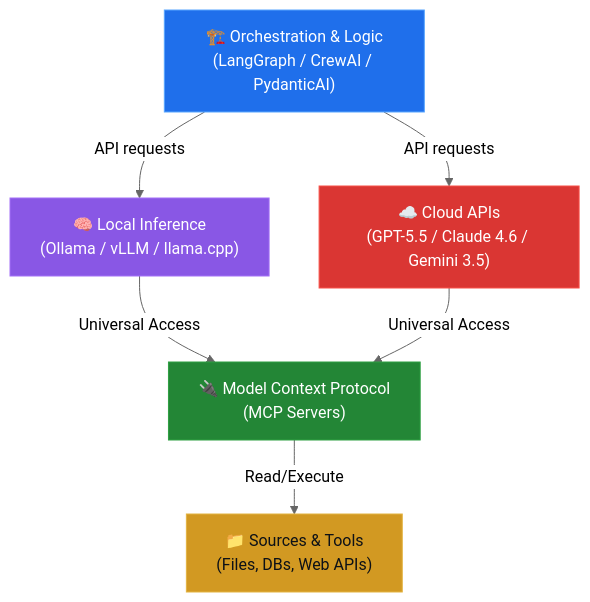
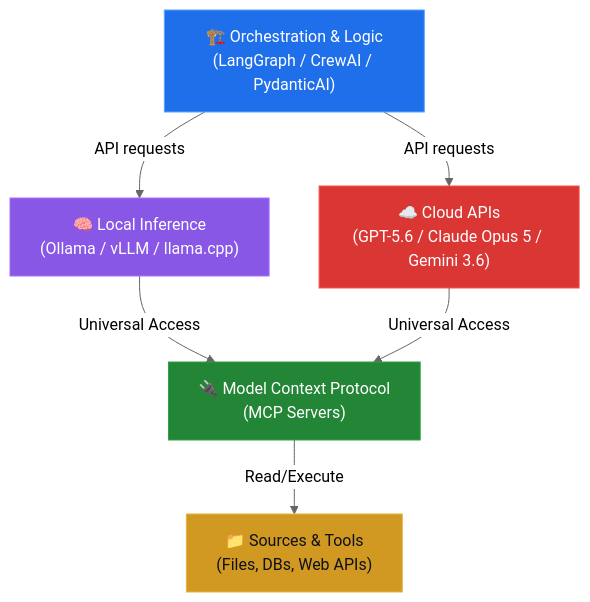
The second of 2 diagrams in README_ENG.md (weby-homelab/ai), drawn with Mermaid (neutral theme) before and after one commit. The commit also changed other lines of this file and 5 other files, not shown here.

````diff
--- a/README_ENG.md
+++ b/README_ENG.md
@@ -122,20 +122,20 @@
 ```mermaid
 flowchart TD
     ORCH["🏗️ Orchestration & Logic\n(LangGraph / CrewAI / PydanticAI)"]
     LOCAL["🧠 Local Inference\n(Ollama / vLLM / llama.cpp)"]
-    CLOUD["☁️ Cloud APIs\n(GPT-5.5 / Claude 4.6 / Gemini 3.5)"]
+    CLOUD["☁️ Cloud APIs\n(GPT-5.6 / Claude Opus 5 / Gemini 3.6)"]
     MCP["🔌 Model Context Protocol\n(MCP Servers)"]
     RES["📁 Sources & Tools\n(Files, DBs, Web APIs)"]
 
     ORCH -->|API requests| LOCAL
     ORCH -->|API requests| CLOUD
     LOCAL -->|Universal Access| MCP
     CLOUD -->|Universal Access| MCP
     MCP -->|Read/Execute| RES
 
     style ORCH fill:#1f6feb,stroke:#58a6ff,color:#ffffff
     style LOCAL fill:#8957e5,stroke:#a371f7,color:#ffffff
     style CLOUD fill:#da3633,stroke:#f85149,color:#ffffff
     style MCP fill:#238636,stroke:#2ea043,color:#ffffff
     style RES fill:#d29922,stroke:#e3b341,color:#0d1117
 ```
````
